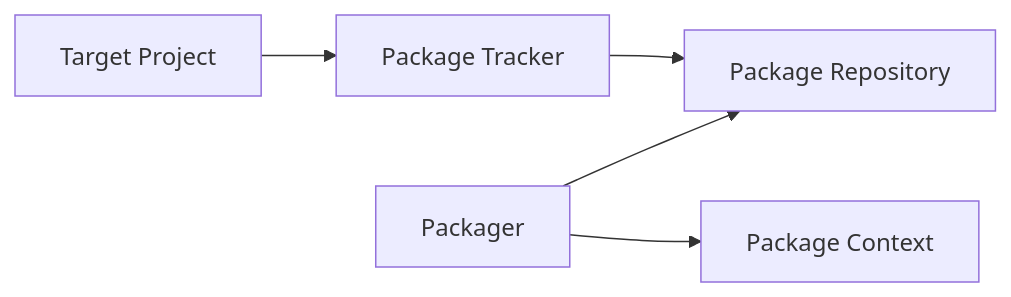
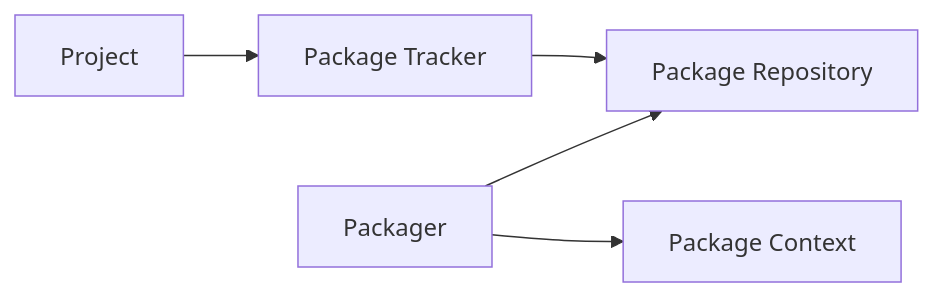
Before and after one commit to bacpack-system/bacpack-system.github.io: the diagram in docs/architecture.md, drawn with Mermaid. The commit also changed other lines of this file and 4 other files, not shown here.

````diff
--- a/docs/architecture.md
+++ b/docs/architecture.md
@@ -17,13 +17,13 @@
 ```mermaid
 flowchart LR
   P["Packager"]
   PR["Package Repository"]
   PC["Package Context"]
   PT["Package Tracker"]
-  TP["Target Project"]
+  PRO["Project"]
 
   P --> PR
   P --> PC
-  TP --> PT
+  PRO --> PT
   PT --> PR
 ```
````
